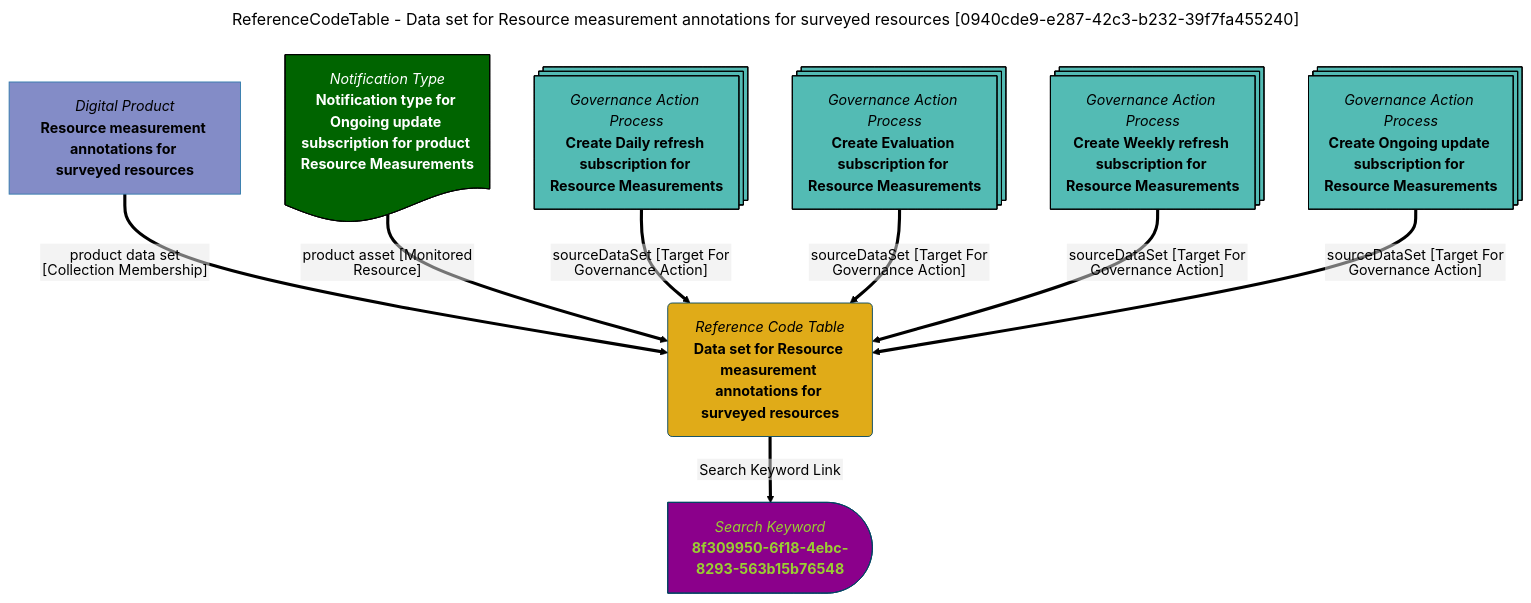
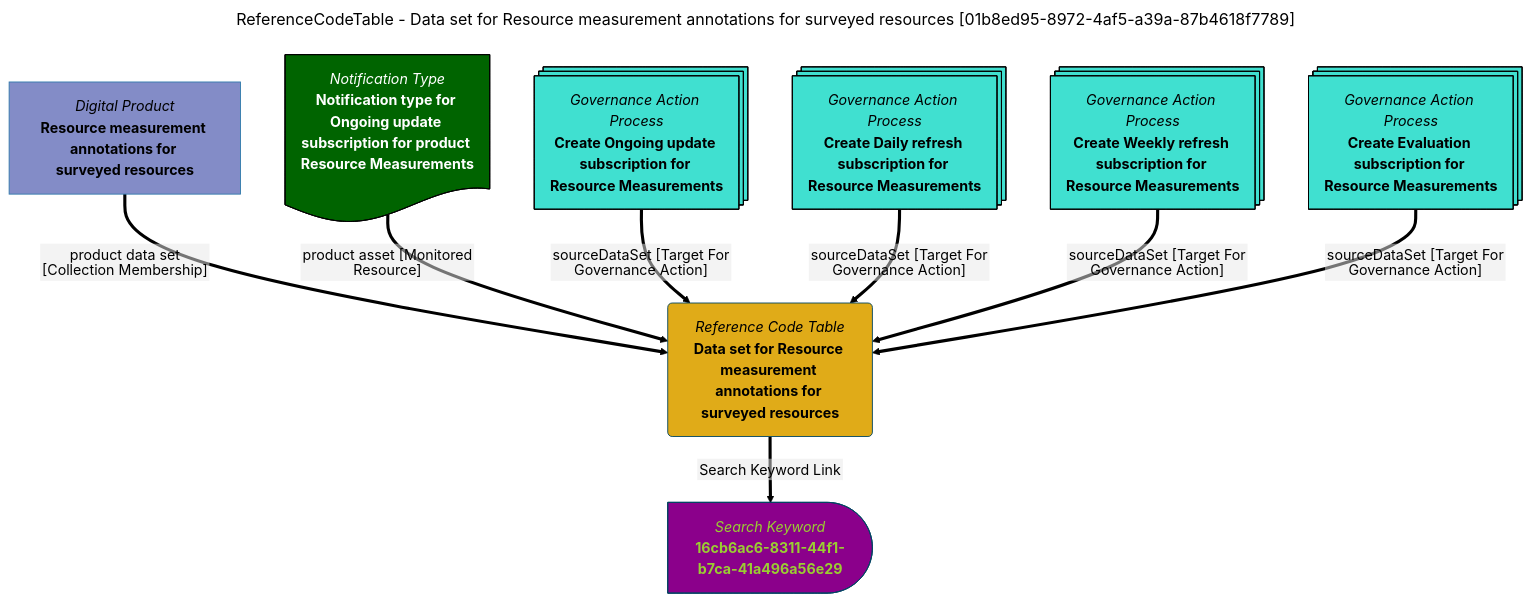
The diagram in site/snippets/data-assets/data-set-for-resource-measurement-annotations-for-surveyed-resources-mermaid-graph.md (odpi/egeria-docs), drawn with Mermaid (forest theme) before and after one commit. The commit also changed 2201 other files, not shown here.

````diff
--- a/site/snippets/data-assets/data-set-for-resource-measurement-annotations-for-surveyed-resources-mermaid-graph.md
+++ b/site/snippets/data-assets/data-set-for-resource-measurement-annotations-for-surveyed-resources-mermaid-graph.md
@@ -1,39 +1,39 @@
 ```mermaid
 ---
-title: ReferenceCodeTable - Data set for Resource measurement annotations for surveyed resources [0940cde9-e287-42c3-b232-39f7fa455240]
+title: ReferenceCodeTable - Data set for Resource measurement annotations for surveyed resources [01b8ed95-8972-4af5-a39a-87b4618f7789]
 ---
 flowchart TD
 %%{init: {"flowchart": {"htmlLabels": false}} }%%
 
 1@{ shape: rounded, label: "*Reference Code Table*
 **Data set for Resource measurement annotations for surveyed resources**"}
 2@{ shape: delay, label: "*Search Keyword*
-**8f309950-6f18-4ebc-8293-563b15b76548**"}
+**16cb6ac6-8311-44f1-b7ca-41a496a56e29**"}
 1==>|"Search Keyword Link"|2
 3@{ shape: rect, label: "*Digital Product*
 **Resource measurement annotations for surveyed resources**"}
 3==>|"product data set [Collection Membership]"|1
 4@{ shape: doc, label: "*Notification Type*
 **Notification type for Ongoing update subscription for product Resource Measurements**"}
 4==>|"product asset [Monitored Resource]"|1
 5@{ shape: processes, label: "*Governance Action Process*
-**Create Daily refresh subscription for Resource Measurements**"}
+**Create Ongoing update subscription for Resource Measurements**"}
 5==>|"sourceDataSet [Target For Governance Action]"|1
 6@{ shape: processes, label: "*Governance Action Process*
-**Create Evaluation subscription for Resource Measurements**"}
+**Create Daily refresh subscription for Resource Measurements**"}
 6==>|"sourceDataSet [Target For Governance Action]"|1
 7@{ shape: processes, label: "*Governance Action Process*
 **Create Weekly refresh subscription for Resource Measurements**"}
 7==>|"sourceDataSet [Target For Governance Action]"|1
 8@{ shape: processes, label: "*Governance Action Process*
-**Create Ongoing update subscription for Resource Measurements**"}
+**Create Evaluation subscription for Resource Measurements**"}
 8==>|"sourceDataSet [Target For Governance Action]"|1
 style 1 color:#000000, fill:#e0ab18, stroke:#004563
-style 2 color:#9acd32, fill:#8b008b, stroke:#004563
+style 2 color:#9ACD32, fill:#8B008B, stroke:#004563
 style 3 color:#000000, fill:#838cc7, stroke:#3079ab
 style 4 color:#FFFFFF, fill:#006400, stroke:#000000
-style 5 color:#000000, fill:#53bbb4, stroke:#000000
-style 6 color:#000000, fill:#53bbb4, stroke:#000000
-style 7 color:#000000, fill:#53bbb4, stroke:#000000
-style 8 color:#000000, fill:#53bbb4, stroke:#000000
+style 5 color:#000000, fill:#40E0D0, stroke:#000000
+style 6 color:#000000, fill:#40E0D0, stroke:#000000
+style 7 color:#000000, fill:#40E0D0, stroke:#000000
+style 8 color:#000000, fill:#40E0D0, stroke:#000000
 ```
````
